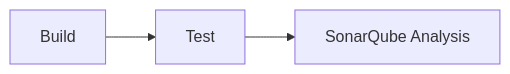
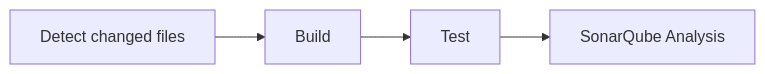
The diagram in README.md (rmrighes-sonar/sonarqube-compose), drawn with Mermaid before and after one commit. The commit also changed other lines of this file and 1 other file, not shown here.

````diff
--- a/README.md
+++ b/README.md
@@ -286,4 +286,4 @@
 ```mermaid
 flowchart LR
-    build[Build] --> test[Test] --> sonar[SonarQube Analysis]
+    changes[Detect changed files] --> build[Build] --> test[Test] --> sonar[SonarQube Analysis]
 ```
````
